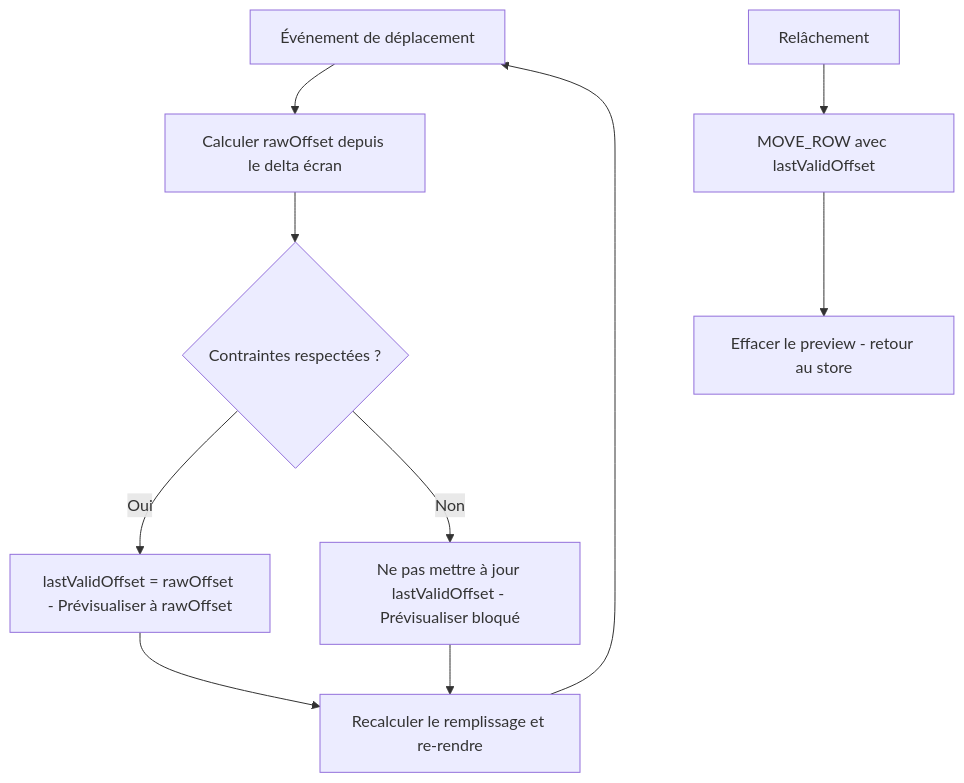
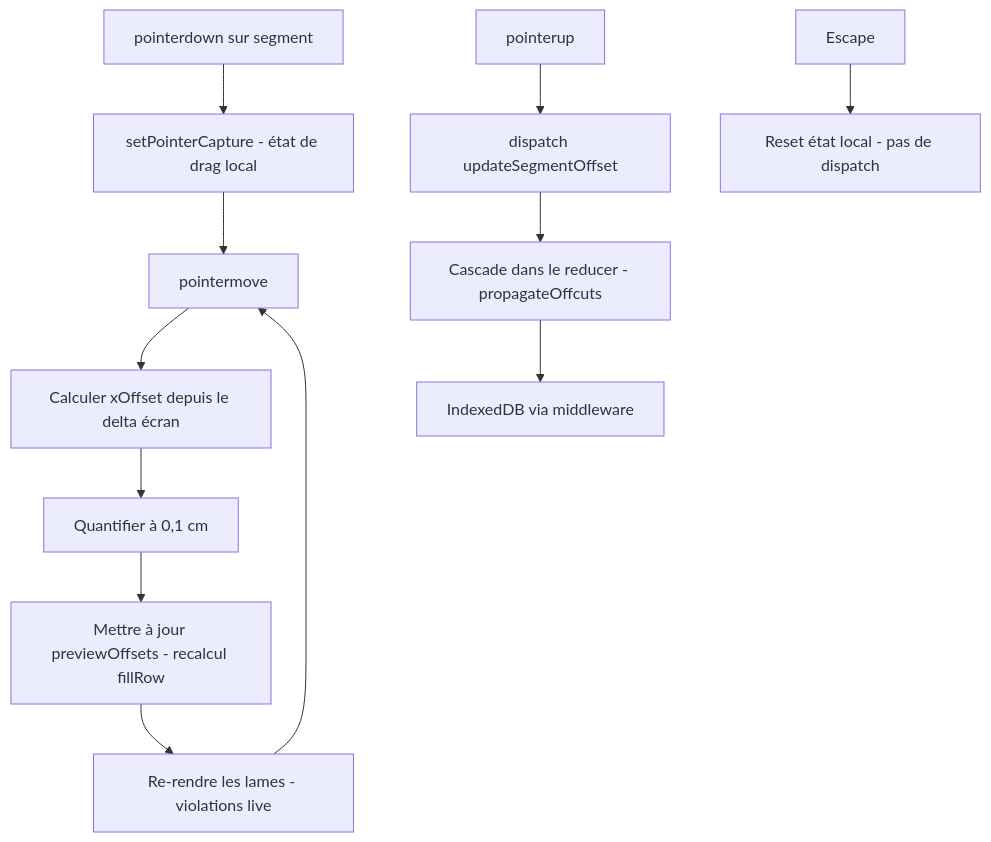
Before and after one commit to Khyonn/calepinage-01: the diagram in docs/features/row-drag.md, drawn with Mermaid. The commit also changed other lines of this file and 15 other files, not shown here.

First line of the commit message:
feat: step 11 — drag interactif des segments + cascade offcut

````diff
--- a/docs/features/row-drag.md
+++ b/docs/features/row-drag.md
@@ -17,13 +19,16 @@
 ```mermaid
 flowchart TD
-    Move[Événement de déplacement] --> Calc[Calculer rawOffset depuis le delta écran]
-    Calc --> Validate{Contraintes respectées ?}
-    Validate -- Oui --> Update[lastValidOffset = rawOffset - Prévisualiser à rawOffset]
-    Validate -- Non --> Block[Ne pas mettre à jour lastValidOffset - Prévisualiser bloqué]
-    Update --> Render[Recalculer le remplissage et re-rendre]
-    Block --> Render
+    Down[pointerdown sur segment] --> Capture[setPointerCapture - état de drag local]
+    Capture --> Move[pointermove]
+    Move --> Calc[Calculer xOffset depuis le delta écran]
+    Calc --> Quant[Quantifier à 0,1 cm]
+    Quant --> Preview[Mettre à jour previewOffsets - recalcul fillRow]
+    Preview --> Render[Re-rendre les lames - violations live]
     Render --> Move
 
-    Release[Relâchement] --> Dispatch[MOVE_ROW avec lastValidOffset]
-    Dispatch --> ClearPreview[Effacer le preview - retour au store]
+    Release[pointerup] --> Commit[dispatch updateSegmentOffset]
+    Commit --> Cascade[Cascade dans le reducer - propagateOffcuts]
+    Cascade --> Persist[IndexedDB via middleware]
+
+    Escape[Escape] --> Cancel[Reset état local - pas de dispatch]
 ```
````
